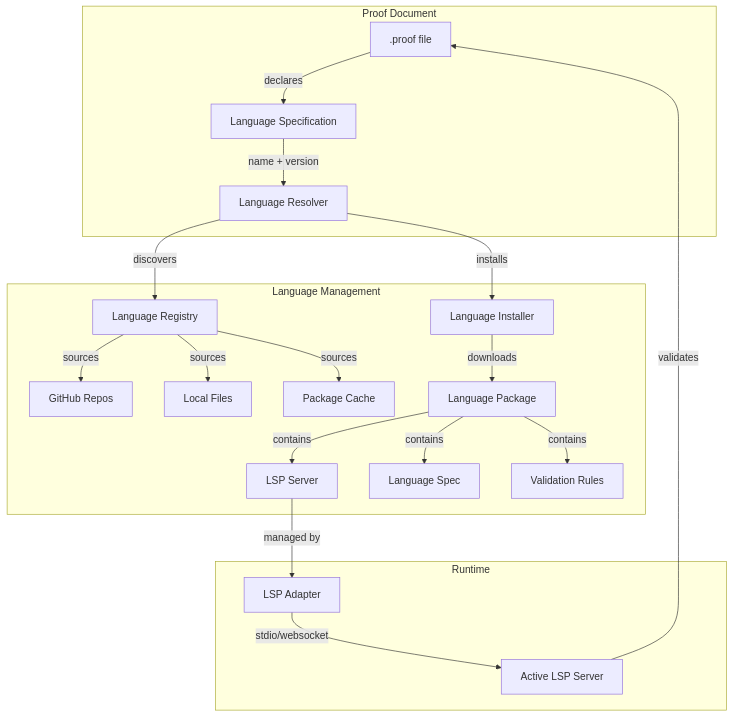
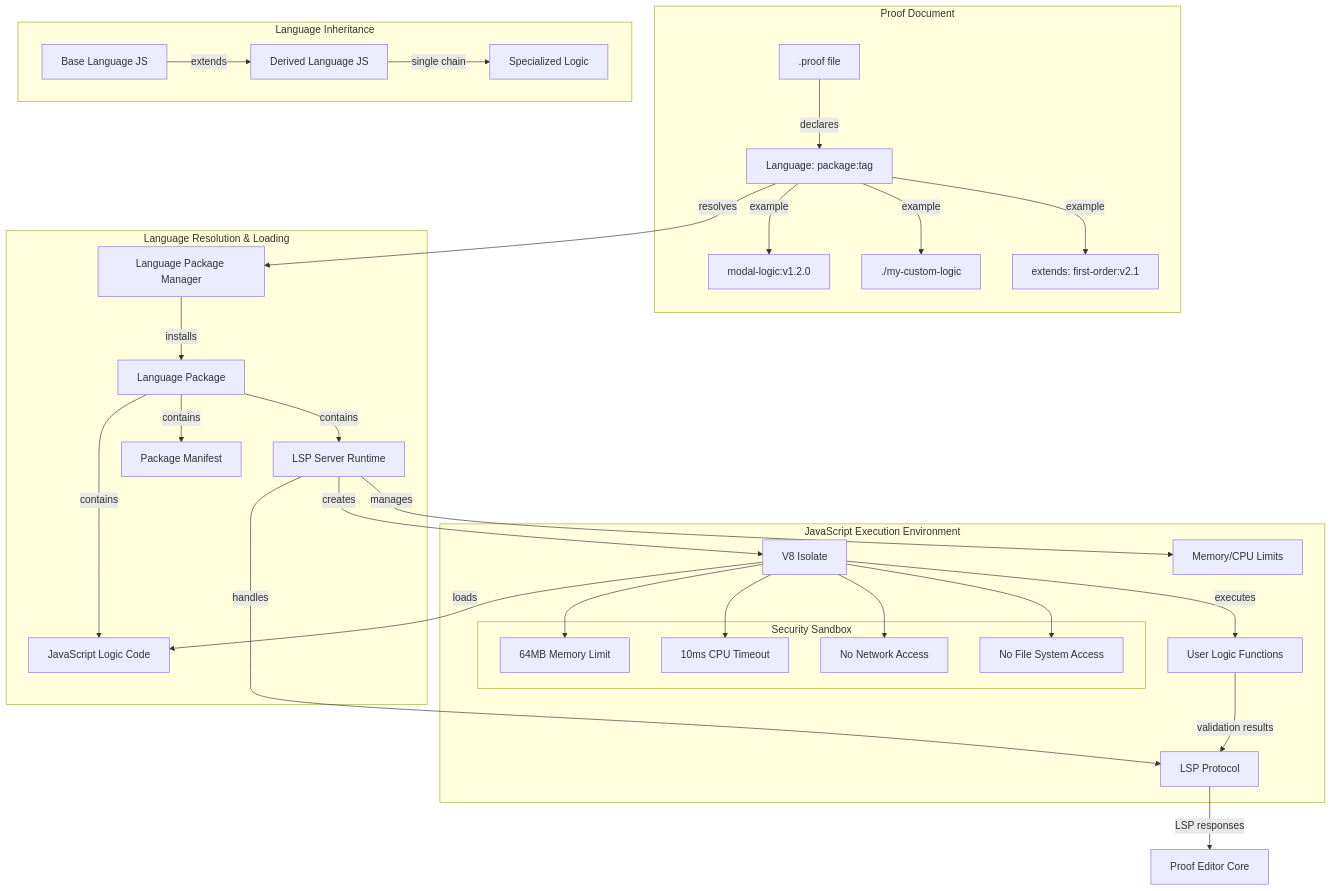
The diagram in docs/08-technical-design/language/language-architecture.md (nate123456/proof-editor), drawn with Mermaid before and after one commit. The commit also changed other lines of this file and 32 other files, not shown here.

````diff
--- a/docs/08-technical-design/language/language-architecture.md
+++ b/docs/08-technical-design/language/language-architecture.md
@@ -11,26 +19,45 @@
 ```mermaid
 graph TD
     subgraph "Proof Document"
-        A[.proof file] -->|declares| B[Language Specification]
-        B -->|name + version| C[Language Resolver]
+        A[.proof file] -->|declares| B[Language: package:tag]
+        B -->|example| B1["modal-logic:v1.2.0"]
+        B -->|example| B2["./my-custom-logic"]
+        B -->|example| B3["extends: first-order:v2.1"]
     end
     
-    subgraph "Language Management"
-        C -->|discovers| D[Language Registry]
-        D -->|sources| E[GitHub Repos]
-        D -->|sources| F[Local Files]
-        D -->|sources| G[Package Cache]
-        
-        C -->|installs| H[Language Installer]
-        H -->|downloads| I[Language Package]
-        I -->|contains| J[LSP Server]
-        I -->|contains| K[Language Spec]
-        I -->|contains| L[Validation Rules]
+    subgraph "Language Resolution & Loading"
+        B -->|resolves| C[Language Package Manager]
+        C -->|installs| D[Language Package]
+        D -->|contains| E[JavaScript Logic Code]
+        D -->|contains| F[LSP Server Runtime]
+        D -->|contains| G[Package Manifest]
     end
     
-    subgraph "Runtime"
-        J -->|managed by| M[LSP Adapter]
-        M -->|stdio/websocket| N[Active LSP Server]
-        N -->|validates| A
+    subgraph "JavaScript Execution Environment"
+        F -->|creates| H[V8 Isolate]
+        H -->|loads| E
+        H -->|executes| I[User Logic Functions]
+        F -->|manages| J[Memory/CPU Limits]
+        F -->|handles| K[LSP Protocol]
+        
+        subgraph "Security Sandbox"
+            L[64MB Memory Limit]
+            M[10ms CPU Timeout]
+            N[No Network Access]
+            O[No File System Access]
+        end
+        
+        H --> L
+        H --> M
+        H --> N
+        H --> O
     end
+    
+    subgraph "Language Inheritance"
+        P[Base Language JS] -->|extends| Q[Derived Language JS]
+        Q -->|single chain| R[Specialized Logic]
+    end
+    
+    I -->|validation results| K
+    K -->|LSP responses| S[Proof Editor Core]
 ```
````
